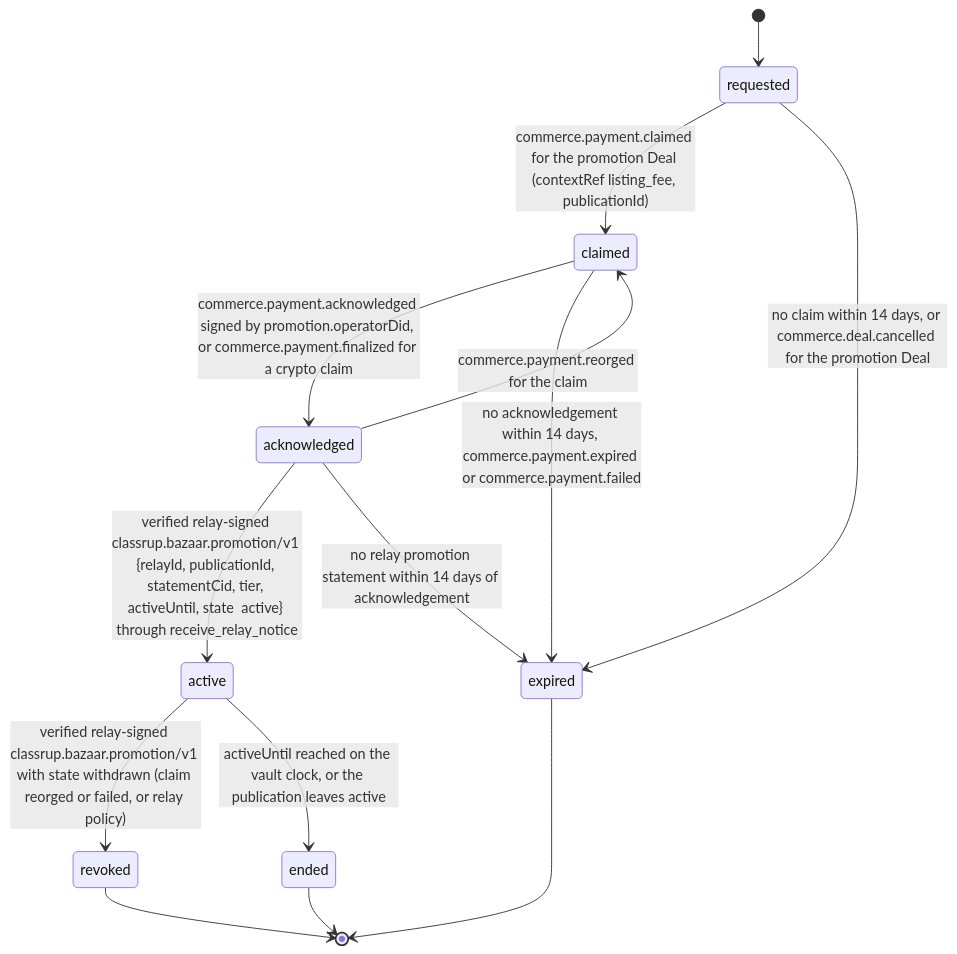
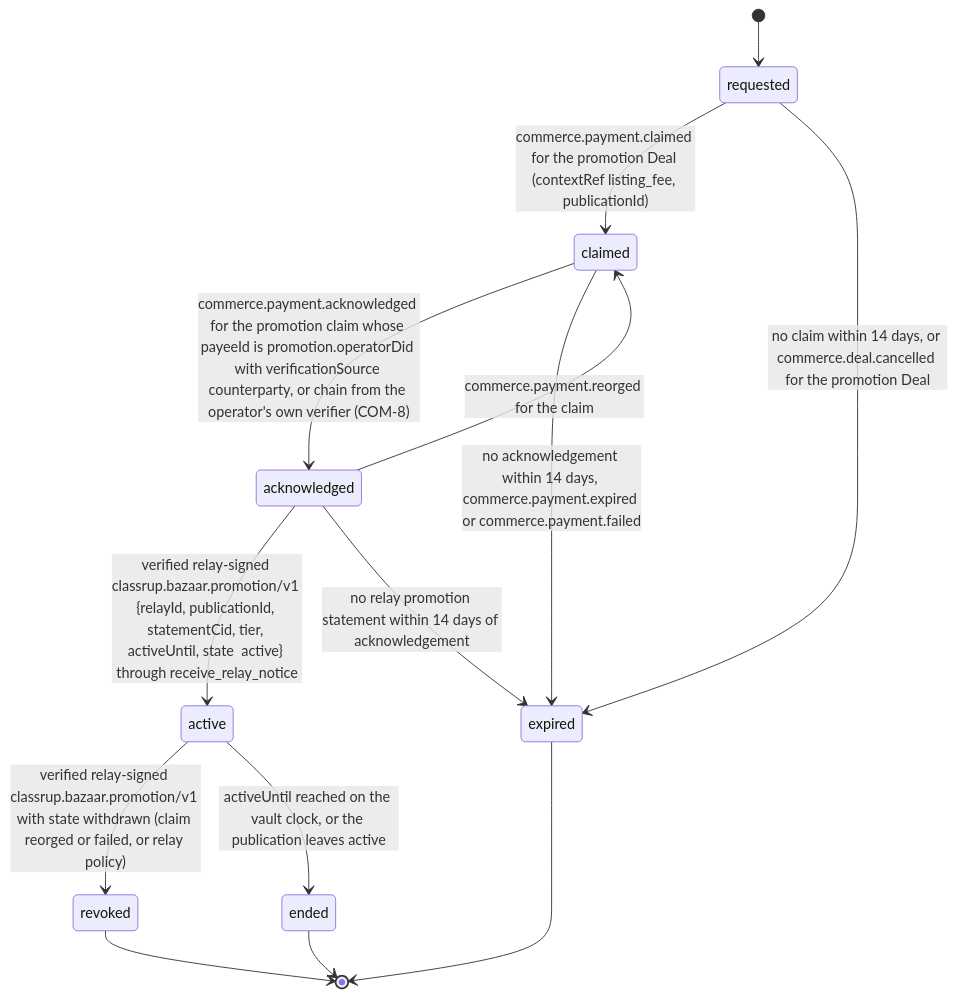
One commit to djshellshoxxx/CLASSifiedisRUPTed changed the second of 2 diagrams in 01_LocalBazaar/01_listings/mod_publish/workflow_state_machine.md. Above: the diagram before and after it, drawn with Mermaid. The commit also changed other lines of this file and 334 other files, not shown here.

````diff
--- a/01_LocalBazaar/01_listings/mod_publish/workflow_state_machine.md
+++ b/01_LocalBazaar/01_listings/mod_publish/workflow_state_machine.md
@@ -70,16 +70,16 @@
 ```mermaid
 stateDiagram-v2
   [*] --> requested
   requested --> claimed: commerce.payment.claimed for the promotion Deal (contextRef listing_fee, publicationId)
-  claimed --> acknowledged: commerce.payment.acknowledged signed by promotion.operatorDid, or commerce.payment.finalized for a crypto claim
+  claimed --> acknowledged: commerce.payment.acknowledged for the promotion claim whose payeeId is promotion.operatorDid with verificationSource counterparty, or chain from the operator's own verifier (COM-8)
   acknowledged --> claimed: commerce.payment.reorged for the claim
   acknowledged --> active: verified relay-signed classrup.bazaar.promotion/v1 {relayId, publicationId, statementCid, tier, activeUntil, state  active} through receive_relay_notice
   active --> revoked: verified relay-signed classrup.bazaar.promotion/v1 with state withdrawn (claim reorged or failed, or relay policy)
   active --> ended: activeUntil reached on the vault clock, or the publication leaves active
   requested --> expired: no claim within 14 days, or commerce.deal.cancelled for the promotion Deal
   claimed --> expired: no acknowledgement within 14 days, commerce.payment.expired or commerce.payment.failed
   acknowledged --> expired: no relay promotion statement within 14 days of acknowledgement
   revoked --> [*]
   ended --> [*]
   expired --> [*]
 ```
````
